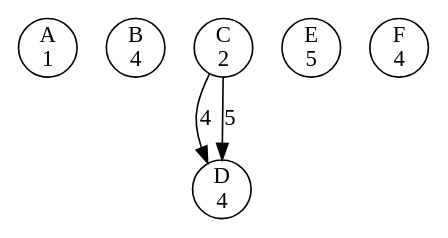
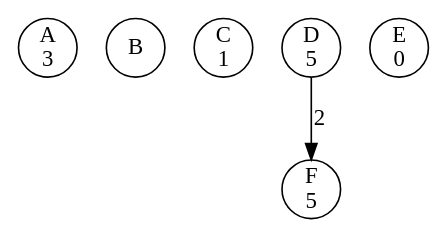
One commit to li23179/GO changed the diagram in concurrency-lab-2/bank/out/0000000015.gv. Above: the diagram before and after it, drawn with Graphviz. The commit also changed 110 other files, not shown here.

```diff
--- a/concurrency-lab-2/bank/out/0000000015.gv
+++ b/concurrency-lab-2/bank/out/0000000015.gv
@@ -1,10 +1,9 @@
 digraph bank {
-	 0 [label= "A\n1" , pos= "1,0!" , shape=circle, fixedsize=true, width=0.5 ]
-	 1 [label= "B\n4" , pos= "0,1!" , shape=circle, fixedsize=true, width=0.5 ]
-	 2 [label= "C\n2" , pos= "1,2!" , shape=circle, fixedsize=true, width=0.5 ]
-	 3 [label= "D\n4" , pos= "2,2!" , shape=circle, fixedsize=true, width=0.5 ]
-	 4 [label= "E\n5" , pos= "3,1!" , shape=circle, fixedsize=true, width=0.5 ]
-	 5 [label= "F\n4" , pos= "2,0!" , shape=circle, fixedsize=true, width=0.5 ]
-	 "2" -> "3" [label= "4" ]
-	 "2" -> "3" [label= "5" ]
+	 0 [label= "A\n3" , pos= "1,0!" , shape=circle, fixedsize=true, width=0.5 ]
+	 1 [label= "B\n" , pos= "0,1!" , shape=circle, fixedsize=true, width=0.5 ]
+	 2 [label= "C\n1" , pos= "1,2!" , shape=circle, fixedsize=true, width=0.5 ]
+	 3 [label= "D\n5" , pos= "2,2!" , shape=circle, fixedsize=true, width=0.5 ]
+	 4 [label= "E\n0" , pos= "3,1!" , shape=circle, fixedsize=true, width=0.5 ]
+	 5 [label= "F\n5" , pos= "2,0!" , shape=circle, fixedsize=true, width=0.5 ]
+	 "3" -> "5" [label= "2" ]
 }
```
